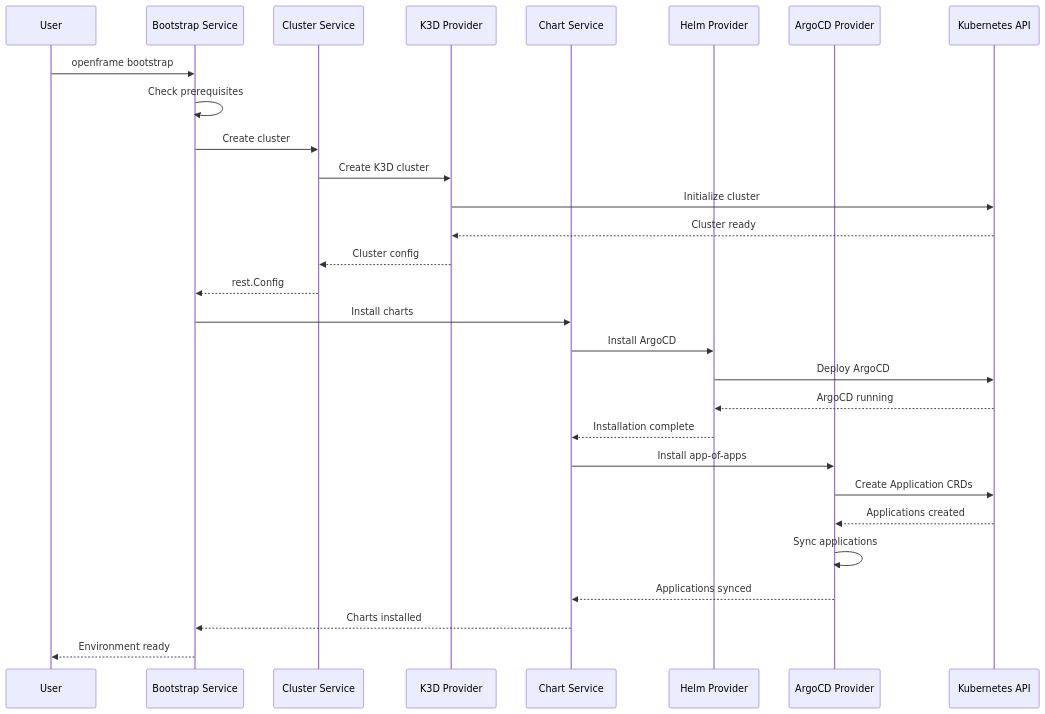
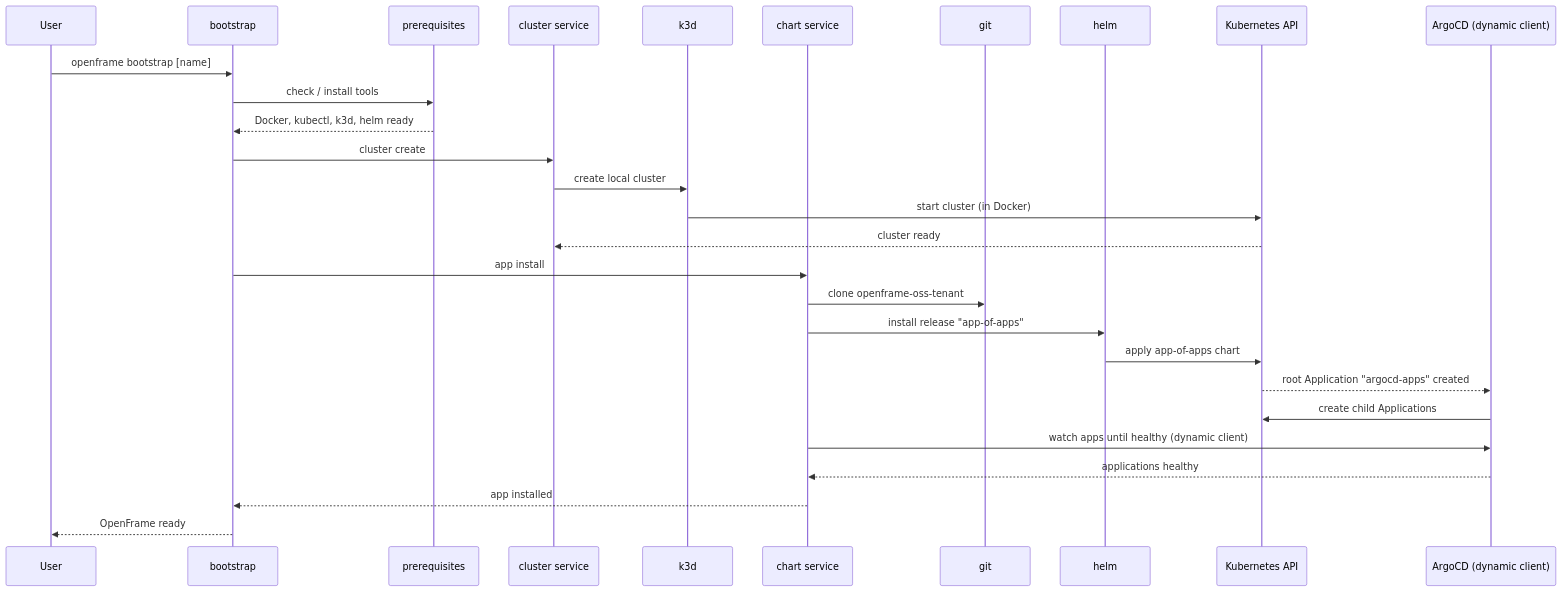
Before and after one commit to flamingo-stack/openframe-cli: the diagram in docs/diagrams/architecture/complete-bootstrap-workflow.mmd, drawn with Mermaid. The commit also changed 15 other files, not shown here.

```diff
--- a/docs/diagrams/architecture/complete-bootstrap-workflow.mmd
+++ b/docs/diagrams/architecture/complete-bootstrap-workflow.mmd
@@ -1,32 +1,31 @@
 sequenceDiagram
     participant User
-    participant Bootstrap as Bootstrap Service
-    participant Cluster as Cluster Service
-    participant K3D as K3D Provider
-    participant Chart as Chart Service
-    participant Helm as Helm Provider
-    participant ArgoCD as ArgoCD Provider
+    participant Bootstrap as bootstrap
+    participant Prereq as prerequisites
+    participant Cluster as cluster service
+    participant K3D as k3d
+    participant Chart as chart service
+    participant Git as git
+    participant Helm as helm
     participant K8s as Kubernetes API
-    
-    User->>Bootstrap: openframe bootstrap
-    Bootstrap->>Bootstrap: Check prerequisites
-    Bootstrap->>Cluster: Create cluster
-    Cluster->>K3D: Create K3D cluster
-    K3D->>K8s: Initialize cluster
-    K8s-->>K3D: Cluster ready
-    K3D-->>Cluster: Cluster config
-    Cluster-->>Bootstrap: rest.Config
-    
-    Bootstrap->>Chart: Install charts
-    Chart->>Helm: Install ArgoCD
-    Helm->>K8s: Deploy ArgoCD
-    K8s-->>Helm: ArgoCD running
-    Helm-->>Chart: Installation complete
-    
-    Chart->>ArgoCD: Install app-of-apps
-    ArgoCD->>K8s: Create Application CRDs
-    K8s-->>ArgoCD: Applications created
-    ArgoCD->>ArgoCD: Sync applications
-    ArgoCD-->>Chart: Applications synced
-    Chart-->>Bootstrap: Charts installed
-    Bootstrap-->>User: Environment ready
+    participant Argo as ArgoCD (dynamic client)
+
+    User->>Bootstrap: openframe bootstrap [name]
+    Bootstrap->>Prereq: check / install tools
+    Prereq-->>Bootstrap: Docker, kubectl, k3d, helm ready
+
+    Bootstrap->>Cluster: cluster create
+    Cluster->>K3D: create local cluster
+    K3D->>K8s: start cluster (in Docker)
+    K8s-->>Cluster: cluster ready
+
+    Bootstrap->>Chart: app install
+    Chart->>Git: clone openframe-oss-tenant
+    Chart->>Helm: install release "app-of-apps"
+    Helm->>K8s: apply app-of-apps chart
+    K8s-->>Argo: root Application "argocd-apps" created
+    Argo->>K8s: create child Applications
+    Chart->>Argo: watch apps until healthy (dynamic client)
+    Argo-->>Chart: applications healthy
+    Chart-->>Bootstrap: app installed
+    Bootstrap-->>User: OpenFrame ready
```
